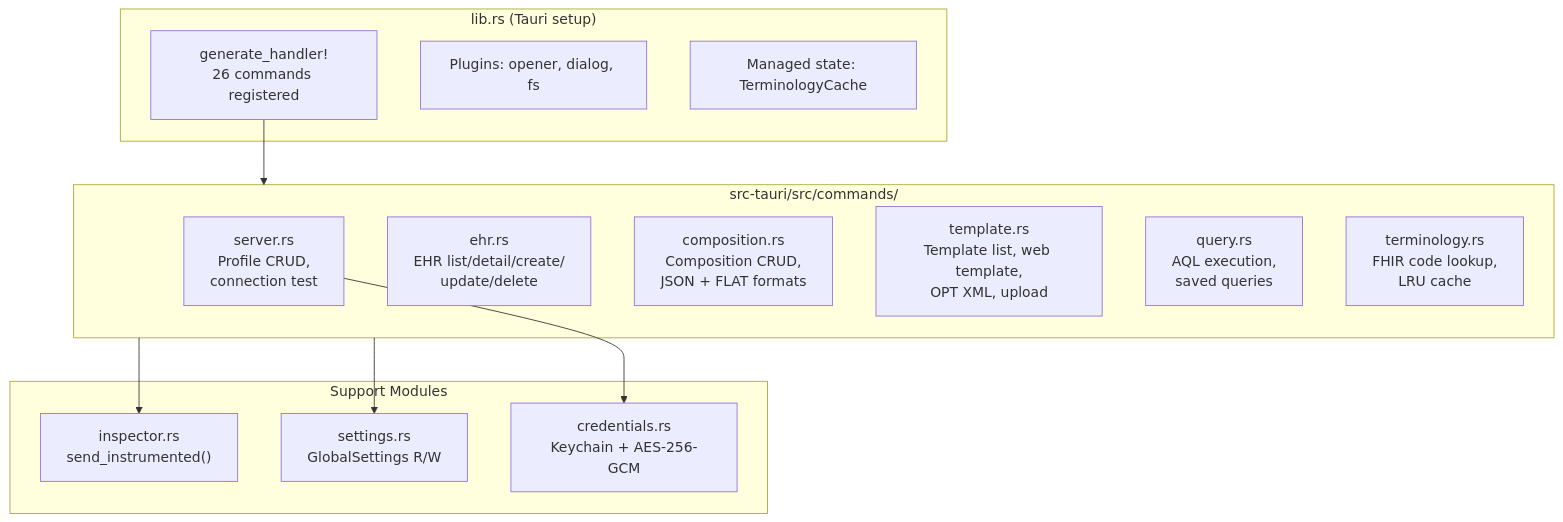
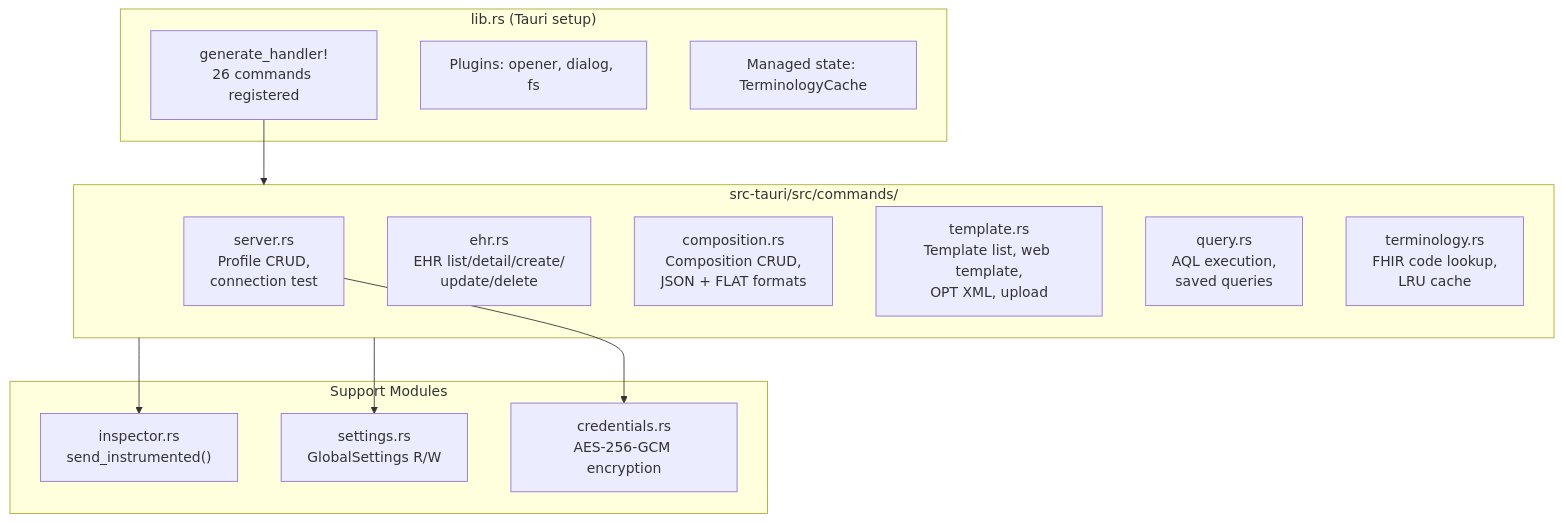
Before and after one commit to platzhersh/openehr-explorer: the fourth of 7 diagrams in docs/ARCHITECTURE.md, drawn with Mermaid. The commit also changed other lines of this file and 4 other files, not shown here.

First line of the commit message:
Simplify credential encryption to AES-256-GCM only, remove keychain

````diff
--- a/docs/ARCHITECTURE.md
+++ b/docs/ARCHITECTURE.md
@@ -166,29 +166,29 @@
 ```mermaid
 graph TB
     subgraph lib.rs["lib.rs (Tauri setup)"]
         Handler["generate_handler!<br/>26 commands registered"]
         Plugins["Plugins: opener, dialog, fs"]
         State["Managed state: TerminologyCache"]
     end
 
     subgraph Commands["src-tauri/src/commands/"]
         server["server.rs<br/>Profile CRUD,<br/>connection test"]
         ehr["ehr.rs<br/>EHR list/detail/create/<br/>update/delete"]
         composition["composition.rs<br/>Composition CRUD,<br/>JSON + FLAT formats"]
         template["template.rs<br/>Template list, web template,<br/>OPT XML, upload"]
         query["query.rs<br/>AQL execution,<br/>saved queries"]
         terminology["terminology.rs<br/>FHIR code lookup,<br/>LRU cache"]
     end
 
     Handler --> Commands
 
     subgraph Support["Support Modules"]
         inspector_mod["inspector.rs<br/>send_instrumented()"]
         settings_mod["settings.rs<br/>GlobalSettings R/W"]
-        credentials_mod["credentials.rs<br/>Keychain + AES-256-GCM"]
+        credentials_mod["credentials.rs<br/>AES-256-GCM encryption"]
     end
 
     Commands --> inspector_mod
     Commands --> settings_mod
     server --> credentials_mod
 ```
````
